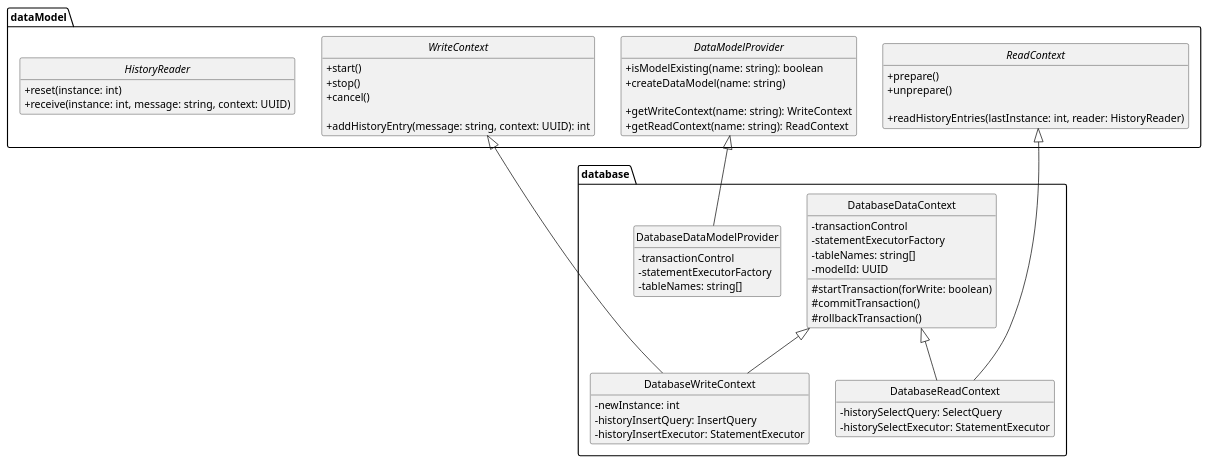
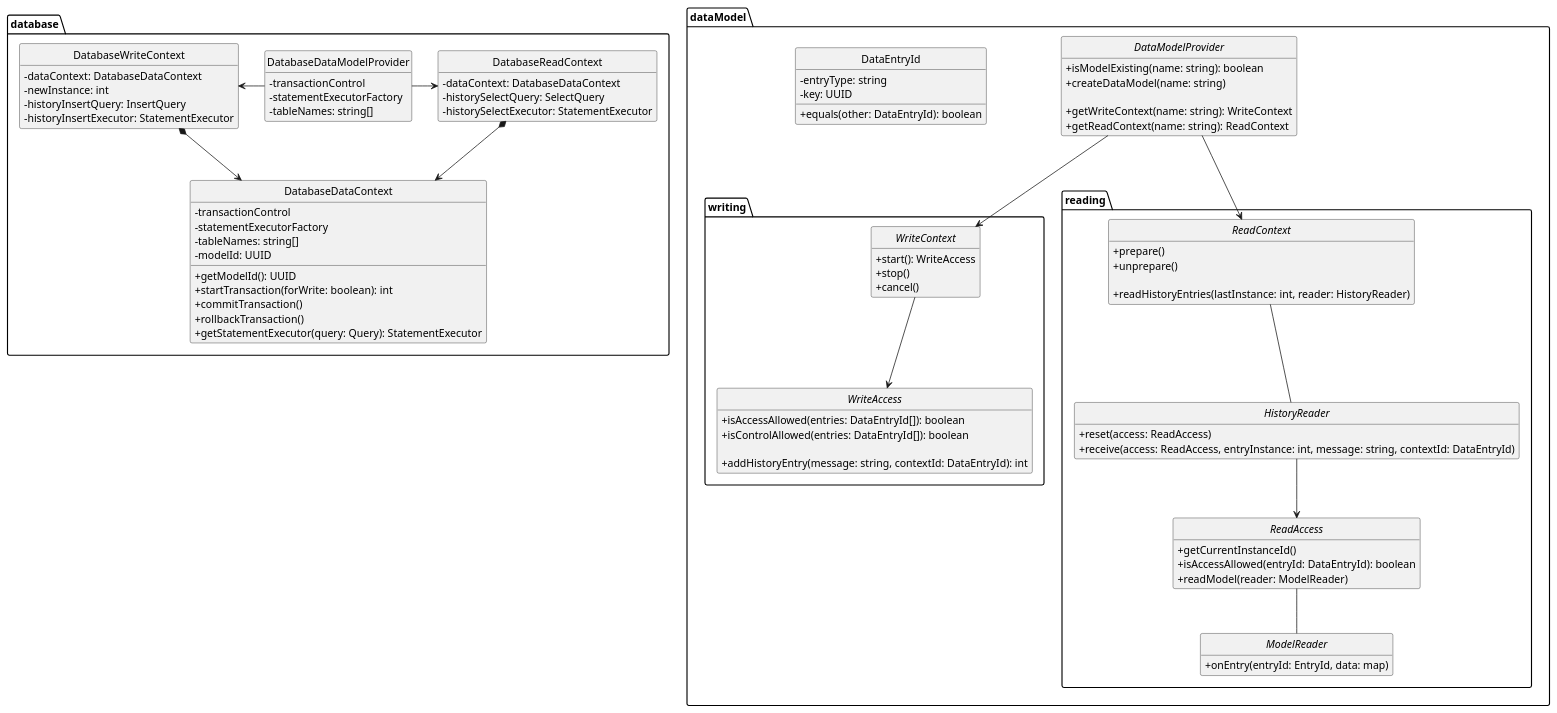
Before and after one commit to dertseha/eve-upro: the diagram in eve-upro/uml/DataModel.plantuml, drawn with PlantUML. The commit also changed 32 other files, not shown here.

```diff
--- a/eve-upro/uml/DataModel.plantuml
+++ b/eve-upro/uml/DataModel.plantuml
@@ -1,75 +1,117 @@
 @startuml
 skinparam classAttributeIconSize 0
 hide empty members
 hide circle
 
 package dataModel {
-
-interface WriteContext {
-   + start()
-   + stop()
-   + cancel()
-   
-   + addHistoryEntry(message: string, context: UUID): int
-}
 
 interface DataModelProvider {
    + isModelExisting(name: string): boolean
    + createDataModel(name: string)
 
    + getWriteContext(name: string): WriteContext
    + getReadContext(name: string): ReadContext
 }
 
+class DataEntryId {
+   - entryType: string
+   - key: UUID
+   + equals(other: DataEntryId): boolean
+}
+
+package writing {
+
+interface WriteContext {
+   + start(): WriteAccess
+   + stop()
+   + cancel()
+}
+
+DataModelProvider -down-> WriteContext
+
+interface WriteAccess {
+   + isAccessAllowed(entries: DataEntryId[]): boolean
+   + isControlAllowed(entries: DataEntryId[]): boolean
+   
+   + addHistoryEntry(message: string, contextId: DataEntryId): int
+}
+
+WriteContext --> WriteAccess
+
+}
+
+package reading {
+
+DataModelProvider -down-> ReadContext
+
 interface ReadContext {
    + prepare()
    + unprepare()
    
    + readHistoryEntries(lastInstance: int, reader: HistoryReader) 
 }
 
-interface HistoryReader {
-   + reset(instance: int)
-   + receive(instance: int, message: string, context: UUID)
+ReadContext -- HistoryReader
+HistoryReader --> ReadAccess
+ReadAccess -- ModelReader
+
+interface ReadAccess {
+   + getCurrentInstanceId()
+   + isAccessAllowed(entryId: DataEntryId): boolean
+   + readModel(reader: ModelReader)
 }
 
+interface HistoryReader {
+   + reset(access: ReadAccess)
+   + receive(access: ReadAccess, entryInstance: int, message: string, contextId: DataEntryId)
+}
+
+interface ModelReader {
+   + onEntry(entryId: EntryId, data: map)
+}
+
+}
 }
 
 package database {
 class DatabaseDataContext {
    - transactionControl
    - statementExecutorFactory
    - tableNames: string[]
    - modelId: UUID
-   # startTransaction(forWrite: boolean)
-   # commitTransaction()
-   # rollbackTransaction()
+   + getModelId(): UUID
+   + startTransaction(forWrite: boolean): int
+   + commitTransaction()
+   + rollbackTransaction()
+   + getStatementExecutor(query: Query): StatementExecutor
 }
 
 class DatabaseWriteContext {
+   - dataContext: DatabaseDataContext
    - newInstance: int
    - historyInsertQuery: InsertQuery
    - historyInsertExecutor: StatementExecutor
 }
 
+
 class DatabaseReadContext {
+   - dataContext: DatabaseDataContext
    - historySelectQuery: SelectQuery
    - historySelectExecutor: StatementExecutor
 }
 
 class DatabaseDataModelProvider {
    - transactionControl
    - statementExecutorFactory
    - tableNames: string[]
 }
 
-ReadContext <|-down- DatabaseReadContext
-DatabaseDataContext <|-down- DatabaseReadContext
-DatabaseDataContext <|-down- DatabaseWriteContext
-WriteContext <|-down- DatabaseWriteContext
 
-DataModelProvider <|-down- DatabaseDataModelProvider
+DatabaseDataModelProvider -left-> DatabaseWriteContext
+DatabaseDataModelProvider -right-> DatabaseReadContext
 
+DatabaseWriteContext *-down-> DatabaseDataContext
+DatabaseReadContext *-down-> DatabaseDataContext
 }
 
 @enduml
```
